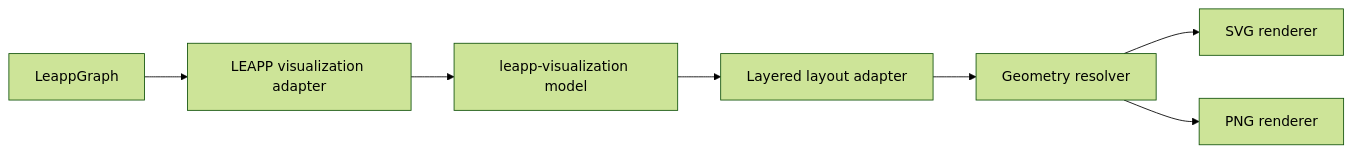
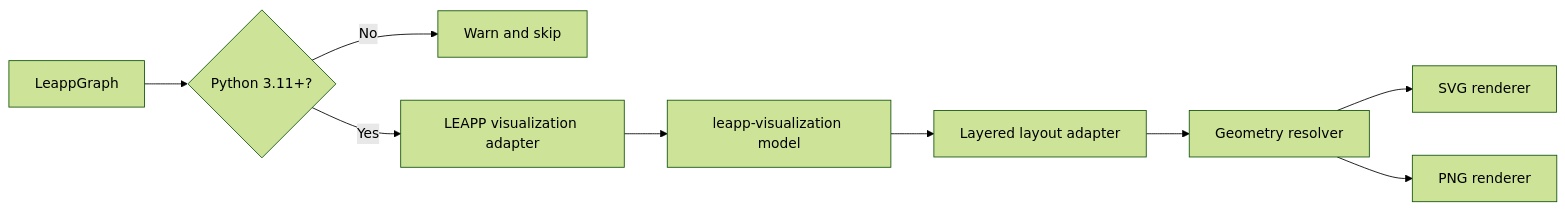
One commit to nvidia-isaac/leapp changed the diagram in docs/design/graph-visualization-autolayout.md. Above: the diagram before and after it, drawn with Mermaid (forest theme). The commit also changed other lines of this file and 15 other files, not shown here.

Commit message:
Gate visualization on Python 3.11

````diff
--- a/docs/design/graph-visualization-autolayout.md
+++ b/docs/design/graph-visualization-autolayout.md
@@ -94,9 +100,11 @@
 ```mermaid
 flowchart LR
-    A[LeappGraph] --> B[LEAPP visualization adapter]
+    A[LeappGraph] --> H{Python 3.11+?}
+    H -->|No| I[Warn and skip]
+    H -->|Yes| B[LEAPP visualization adapter]
     B --> C[leapp-visualization model]
     C --> D[Layered layout adapter]
     D --> E[Geometry resolver]
     E --> F[SVG renderer]
     E --> G[PNG renderer]
 ```
````
